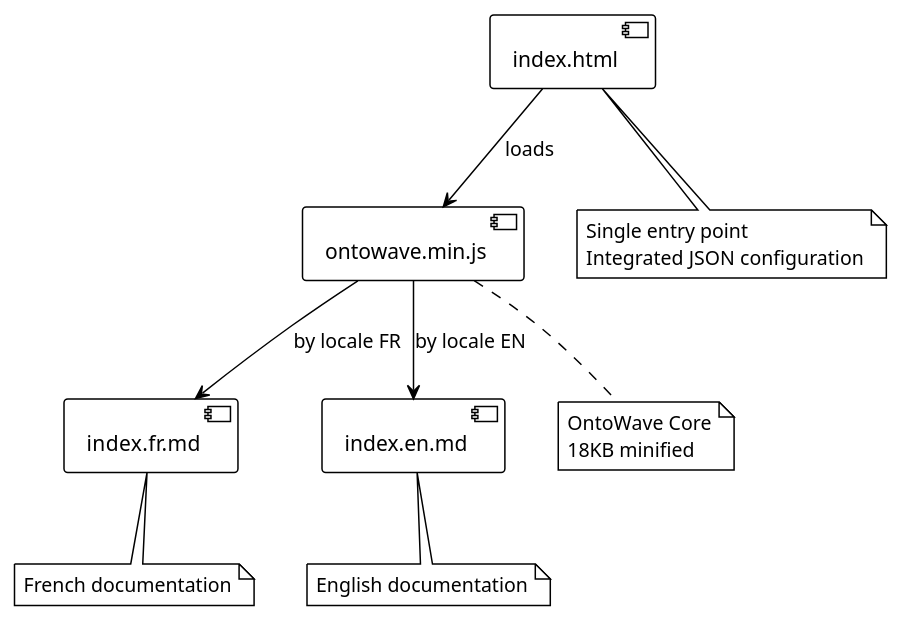
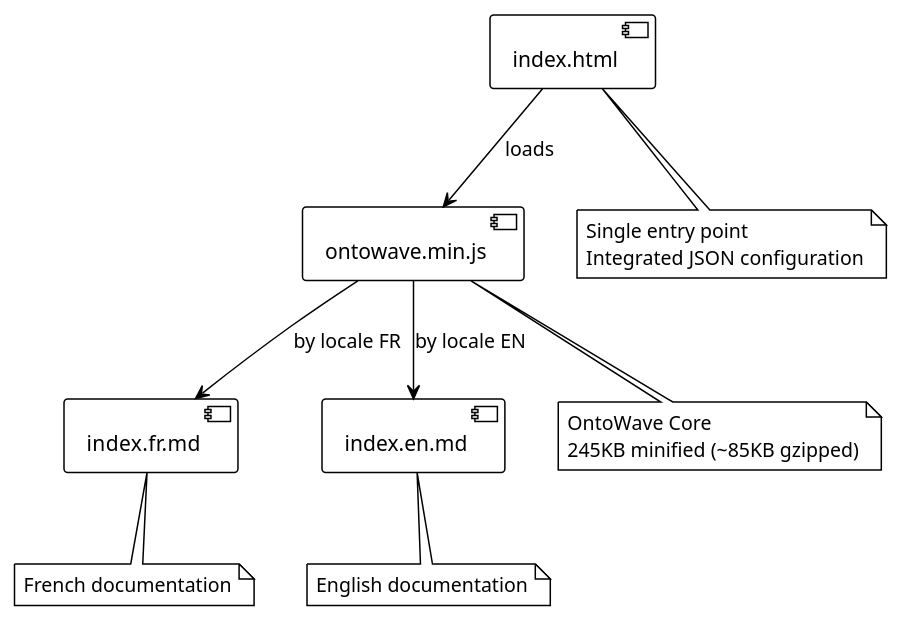
One commit to stephanedenis/OntoWave changed the first of 3 diagrams in docs/index.en.md. Above: the diagram before and after it, drawn with PlantUML. The commit also changed other lines of this file and 1 other file, not shown here.

````diff
--- a/docs/index.en.md
+++ b/docs/index.en.md
@@ -56,20 +58,20 @@
 ```plantuml
 @startuml Component_Overview
 !theme plain
 
 component "index.html" as HTML
 component "ontowave.min.js" as Core
 component "index.fr.md" as DocFR
 component "index.en.md" as DocEN
 
 HTML --> Core : loads
 Core --> DocFR : by locale FR
 Core --> DocEN : by locale EN
 
 note bottom of HTML : Single entry point\nIntegrated JSON configuration
-note bottom of Core : OntoWave Core\n18KB minified
+note bottom of Core : OntoWave Core\n245KB minified (~85KB gzipped)
 note bottom of DocFR : French documentation
 note bottom of DocEN : English documentation
 
 @enduml
 ```
````
